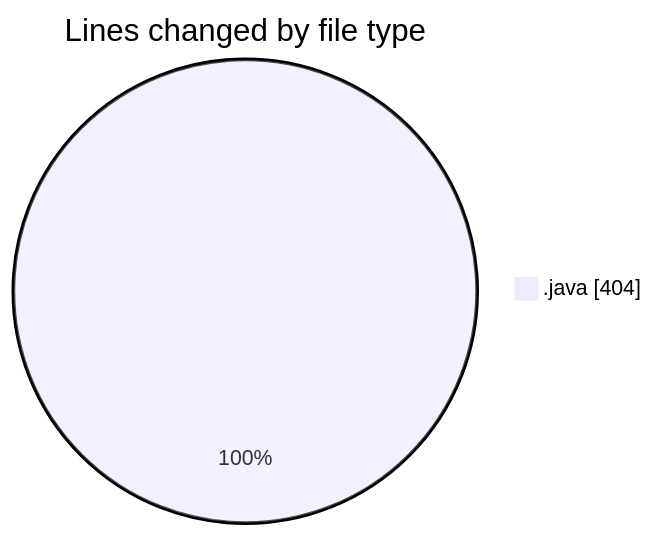
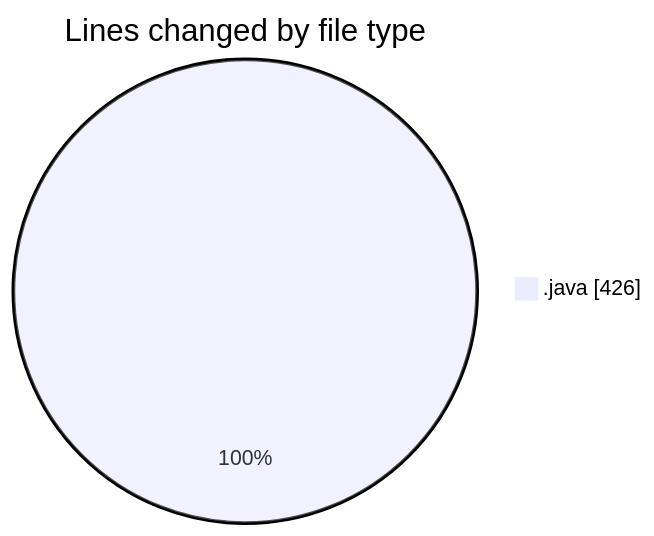
The first of 2 diagrams in 2026-03-01/cilreports__workspace_/README.md (ricardozamudiocil/code-tracking), drawn with Mermaid before and after one commit. The commit also changed other lines of this file and 1 other file, not shown here.

````diff
--- a/2026-03-01/cilreports__workspace_/README.md
+++ b/2026-03-01/cilreports__workspace_/README.md
@@ -22,5 +23,5 @@
 ```mermaid
 pie showData
 title Lines changed by file type
-".java" : 404
+".java" : 426
 ```
````
